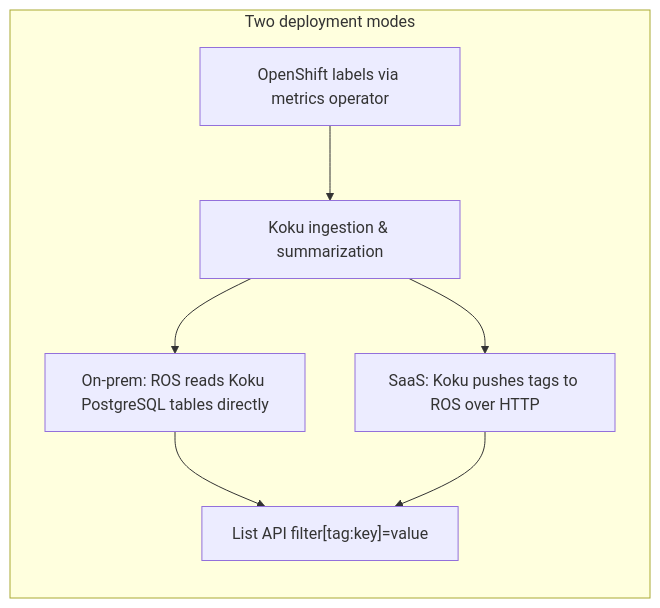
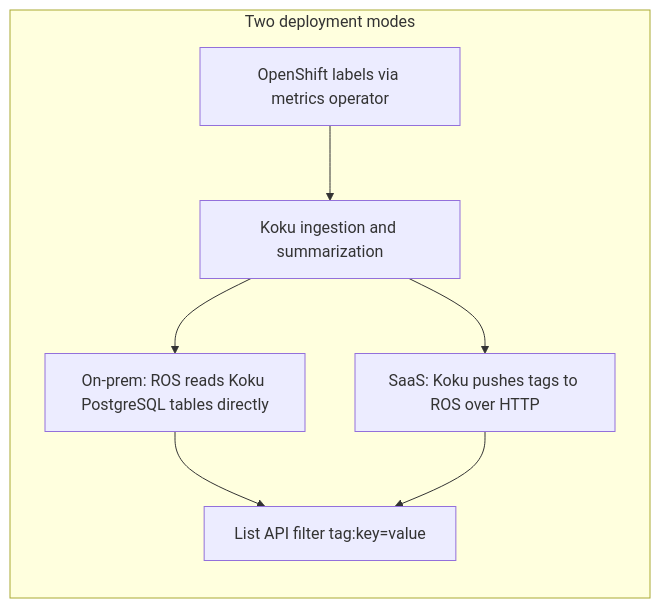
Before and after one commit to pgarciaq/ros-ocp-backend: the diagram in docs-site/features/tag-filtering.md, drawn with Mermaid. The commit also changed 3 other files, not shown here.

First line of the commit message:
Fix remaining Mermaid v11 syntax errors in tag-filtering docs.

````diff
--- a/docs-site/features/tag-filtering.md
+++ b/docs-site/features/tag-filtering.md
@@ -16,12 +16,12 @@
 ```mermaid
 flowchart TB
     subgraph modes["Two deployment modes"]
         direction TB
-        OP[OpenShift labels via metrics operator]
-        OP --> KOKU["Koku ingestion & summarization"]
+        OP["OpenShift labels via metrics operator"]
+        OP --> KOKU["Koku ingestion and summarization"]
         KOKU --> DB["On-prem: ROS reads Koku PostgreSQL tables directly"]
         KOKU --> API["SaaS: Koku pushes tags to ROS over HTTP"]
-        DB --> FILTER["List API filter[tag:key]=value"]
+        DB --> FILTER["List API filter tag:key=value"]
         API --> FILTER
     end
 ```
````
